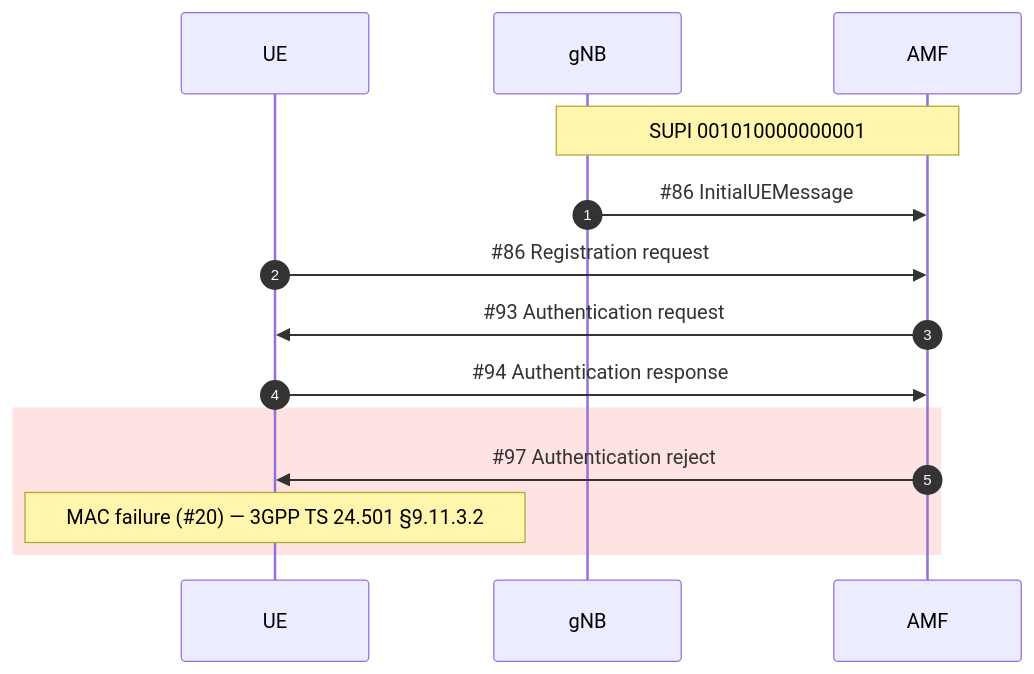
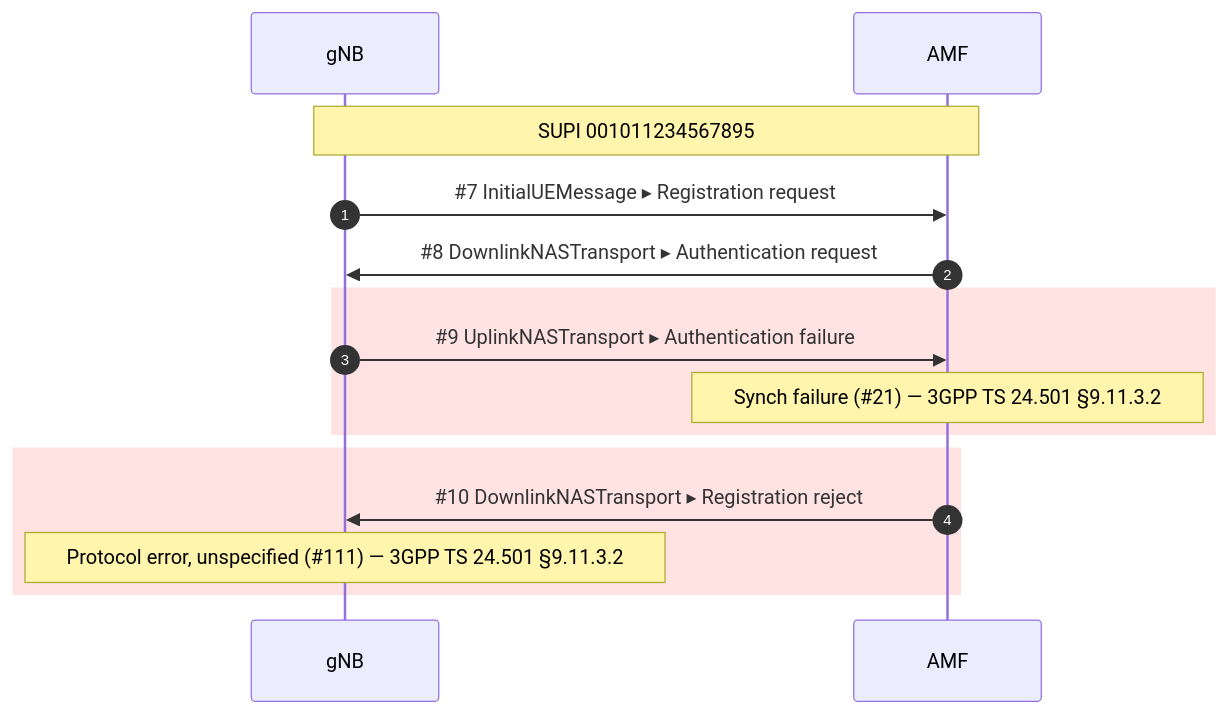
The diagram in README.md (gollumw/TelcoLadder), drawn with Mermaid before and after one commit. The commit also changed other lines of this file and 5 other files, not shown here.

First line of the commit message:
render: wire view becomes the default; flow view moves to --flow

````diff
--- a/README.md
+++ b/README.md
@@ -12,16 +12,17 @@
 ```mermaid
 sequenceDiagram
     autonumber
-    participant UE
     participant gNB
     participant AMF
-    Note over gNB,AMF: SUPI 001010000000001
-    gNB->>AMF: #35;86 InitialUEMessage
-    UE->>AMF: #35;86 Registration request
-    AMF->>UE: #35;93 Authentication request
-    UE->>AMF: #35;94 Authentication response
+    Note over gNB,AMF: SUPI 001011234567895
+    gNB->>AMF: #35;7 InitialUEMessage ▸ Registration request
+    AMF->>gNB: #35;8 DownlinkNASTransport ▸ Authentication request
     rect rgb(255, 226, 226)
-    AMF->>UE: #35;97 Authentication reject
-    Note over UE: MAC failure (#35;20) — 3GPP TS 24.501 §9.11.3.2
+    gNB->>AMF: #35;9 UplinkNASTransport ▸ Authentication failure
+    Note over AMF: Synch failure (#35;21) — 3GPP TS 24.501 §9.11.3.2
+    end
+    rect rgb(255, 226, 226)
+    AMF->>gNB: #35;10 DownlinkNASTransport ▸ Registration reject
+    Note over gNB: Protocol error, unspecified (#35;111) — 3GPP TS 24.501 §9.11.3.2
     end
 ```
````
